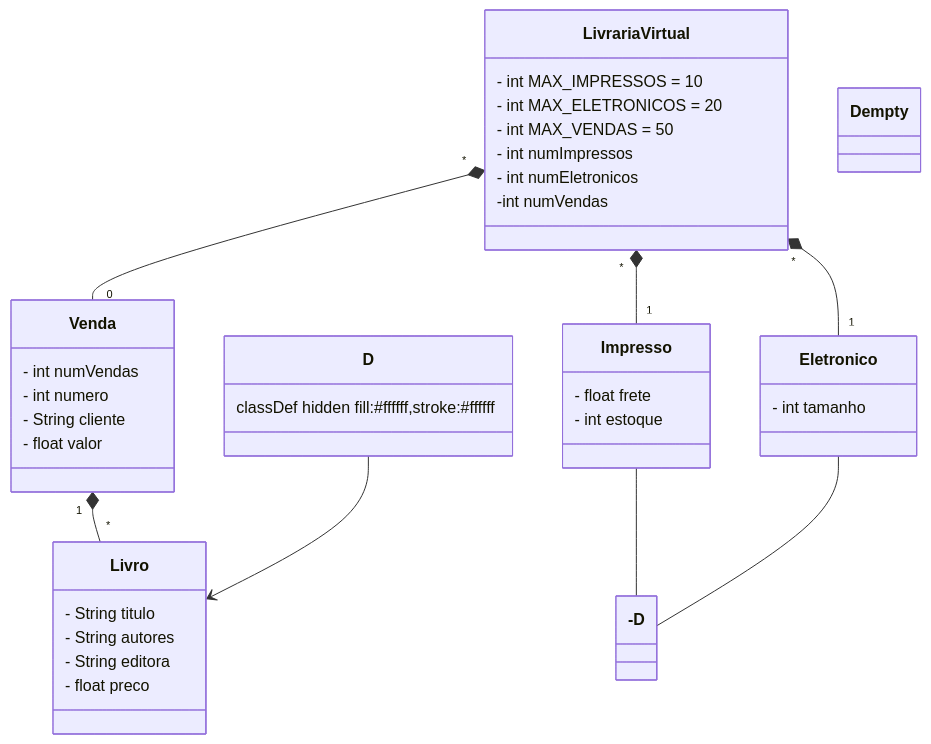
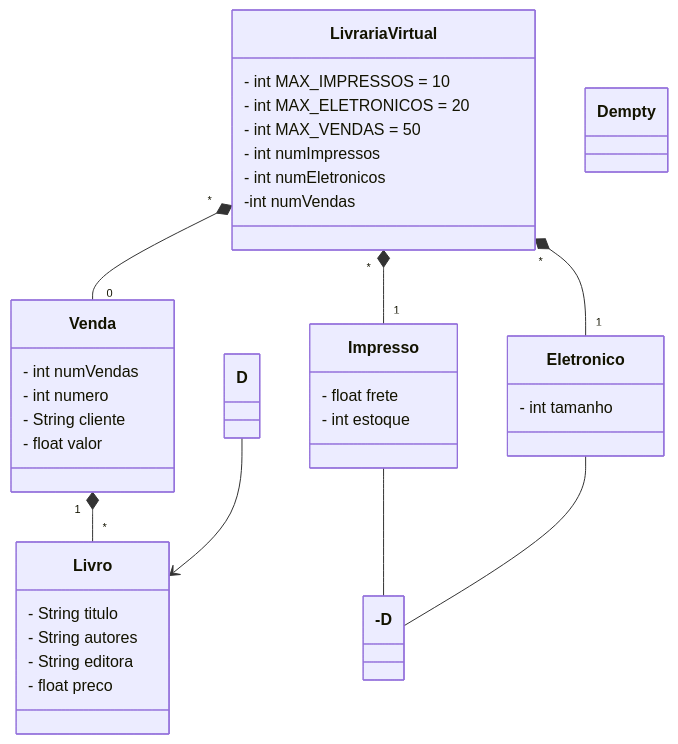
The diagram in README.md (DevTrail-Squad-4/Desafiodalivraria), drawn with Mermaid before and after one commit.

````diff
--- a/README.md
+++ b/README.md
@@ -3,50 +3,49 @@
 ```mermaid
 classDiagram
   class LivrariaVirtual {
     - int MAX_IMPRESSOS = 10
     - int MAX_ELETRONICOS = 20
     - int MAX_VENDAS = 50
     - int numImpressos
     - int numEletronicos
 	-int numVendas
   }
 
   class Venda {
     - int numVendas
     - int numero
     - String cliente
     - float valor
   }
 
   class Impresso {
     - float frete
     - int estoque
   }
 
   class Eletronico {
     - int tamanho
   }
 
   class Livro {
     - String titulo
     - String autores
     - String editora
     - float preco
   }
 
 class D {
-    %% Define a classe D como um placeholder invisível
-    classDef hidden fill:#ffffff,stroke:#ffffff;
+    
   }
 
   LivrariaVirtual "*" *-- "0" Venda
   LivrariaVirtual "*" *-- "1" Impresso
   LivrariaVirtual "*" *-- "1" Eletronico
   Venda "1" *-- "*" Livro
 Impresso --- D
   Eletronico --- D
   D --> Livro
 
   %% Aplicando o estilo empty ao D
   class D empty
 ```
````
